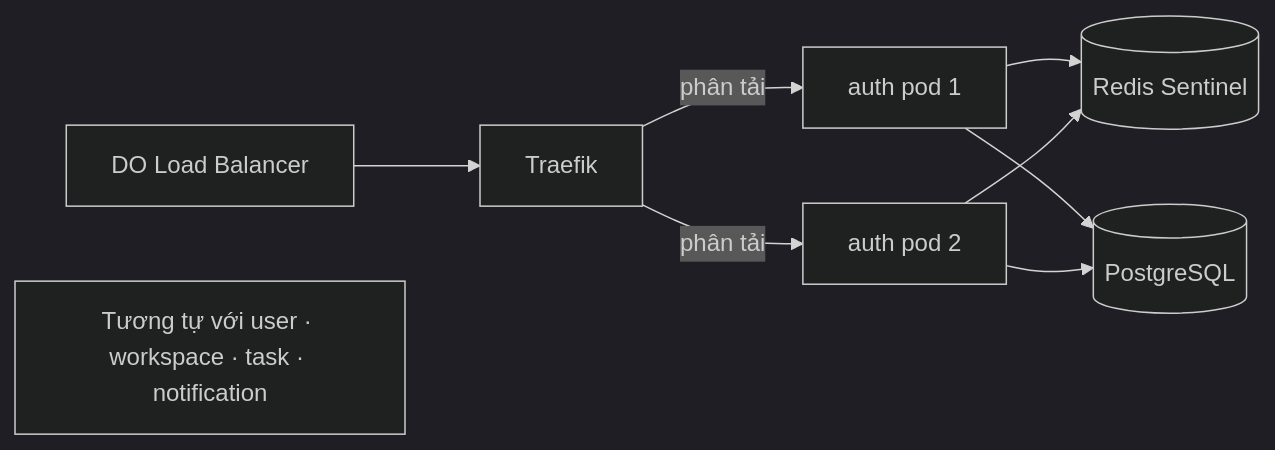
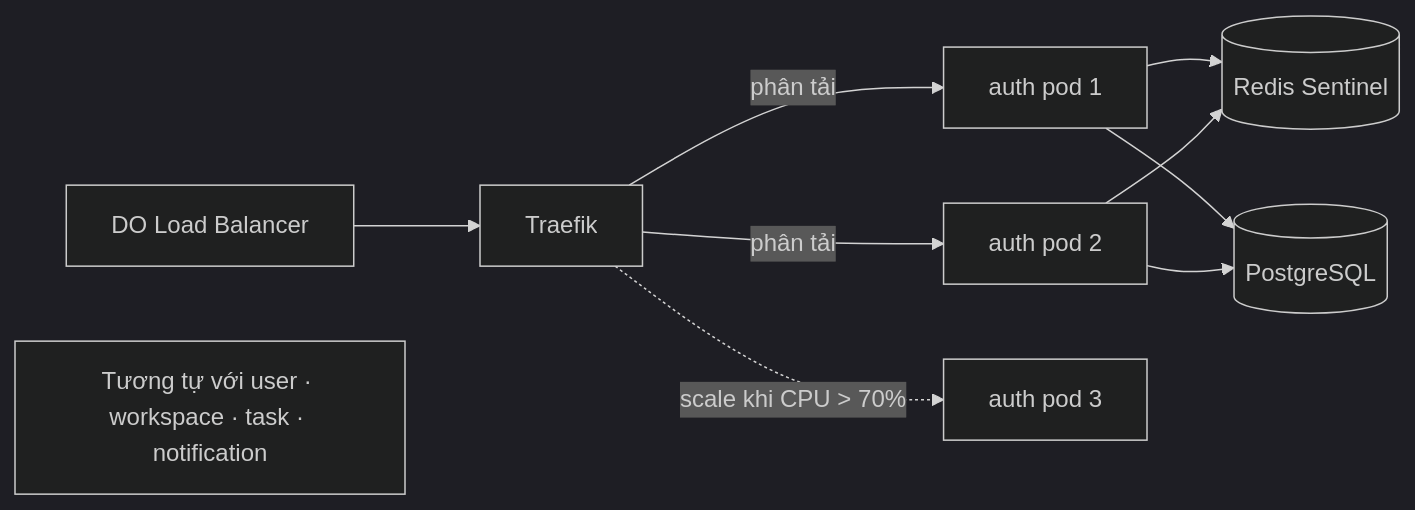
One commit to lengocanh2005it/collabspace changed diagram 18 of 43 in docs/presentation-outline.md. Above: the diagram before and after it, drawn with Mermaid (dark theme). The commit also changed other lines of this file, not shown here.

````diff
--- a/docs/presentation-outline.md
+++ b/docs/presentation-outline.md
@@ -821,12 +821,13 @@
 ```mermaid
 flowchart LR
     DOLB[DO Load Balancer] --> Traefik
 
     Traefik -->|phân tải| A1[auth pod 1]
     Traefik -->|phân tải| A2[auth pod 2]
+    Traefik -.->|scale khi CPU > 70%| A3[auth pod 3]
 
     Note1["Tương tự với user · workspace · task · notification"]
 
     A1 & A2 --> Redis[(Redis Sentinel)]
     A1 & A2 --> PG[(PostgreSQL)]
 ```
````
